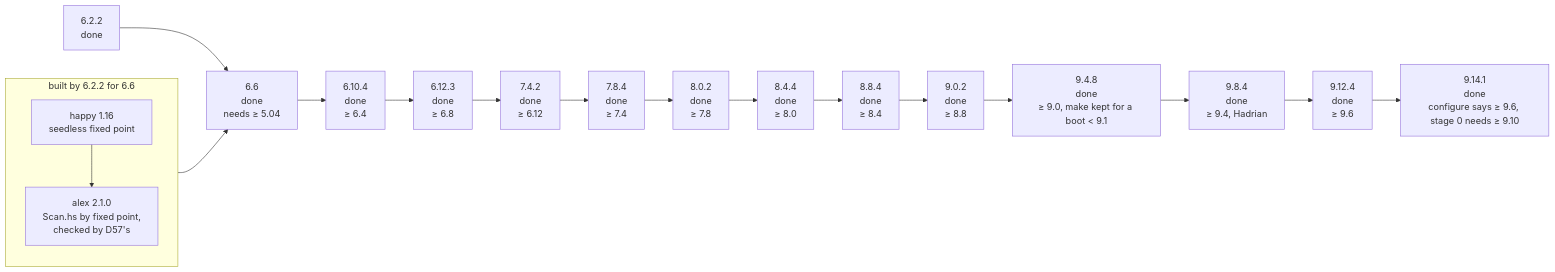
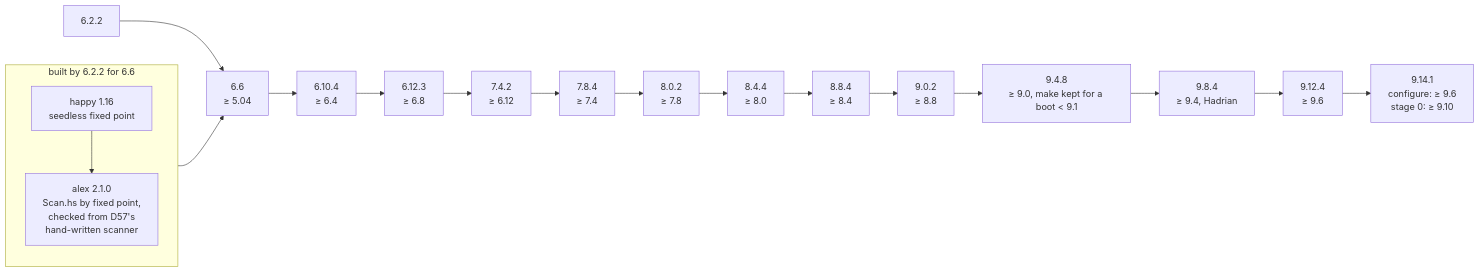
One commit to andreabedini/ghc-bootstrap changed the fifth of 5 diagrams in DIAGRAMS.md. Above: the diagram before and after it, drawn with Mermaid. The commit also changed other lines of this file and 73 other files, not shown here.

````diff
--- a/DIAGRAMS.md
+++ b/DIAGRAMS.md
@@ -121,8 +123,8 @@
 ```mermaid
 flowchart LR
-    g622["6.2.2<br/>done"] --> g66["6.6<br/>done<br/>needs ≥ 5.04"] --> g610["6.10.4<br/>done<br/>≥ 6.4"] --> g612["6.12.3<br/>done<br/>≥ 6.8"] --> g742["7.4.2<br/>done<br/>≥ 6.12"] --> g784["7.8.4<br/>done<br/>≥ 7.4"] --> g802["8.0.2<br/>done<br/>≥ 7.8"] --> g844["8.4.4<br/>done<br/>≥ 8.0"] --> g884["8.8.4<br/>done<br/>≥ 8.4"] --> g902["9.0.2<br/>done<br/>≥ 8.8"] --> g948["9.4.8<br/>done<br/>≥ 9.0, make kept for a boot < 9.1"] --> g984["9.8.4<br/>done<br/>≥ 9.4, Hadrian"] --> g9124["9.12.4<br/>done<br/>≥ 9.6"] --> g9141["9.14.1<br/>done<br/>configure says ≥ 9.6, stage 0 needs ≥ 9.10"]
+    g622["6.2.2"] --> g66["6.6<br/>≥ 5.04"] --> g610["6.10.4<br/>≥ 6.4"] --> g612["6.12.3<br/>≥ 6.8"] --> g742["7.4.2<br/>≥ 6.12"] --> g784["7.8.4<br/>≥ 7.4"] --> g802["8.0.2<br/>≥ 7.8"] --> g844["8.4.4<br/>≥ 8.0"] --> g884["8.8.4<br/>≥ 8.4"] --> g902["9.0.2<br/>≥ 8.8"] --> g948["9.4.8<br/>≥ 9.0, make kept for a boot < 9.1"] --> g984["9.8.4<br/>≥ 9.4, Hadrian"] --> g9124["9.12.4<br/>≥ 9.6"] --> g9141["9.14.1<br/>configure: ≥ 9.6<br/>stage 0: ≥ 9.10"]
     subgraph g66parts["built by 6.2.2 for 6.6"]
-        h116["happy 1.16<br/>seedless fixed point"] --> a210["alex 2.1.0<br/>Scan.hs by fixed point,<br/>checked by D57's"]
+        h116["happy 1.16<br/>seedless fixed point"] --> a210["alex 2.1.0<br/>Scan.hs by fixed point,<br/>checked from D57's<br/>hand-written scanner"]
     end
     g66parts --> g66
 ```
````
